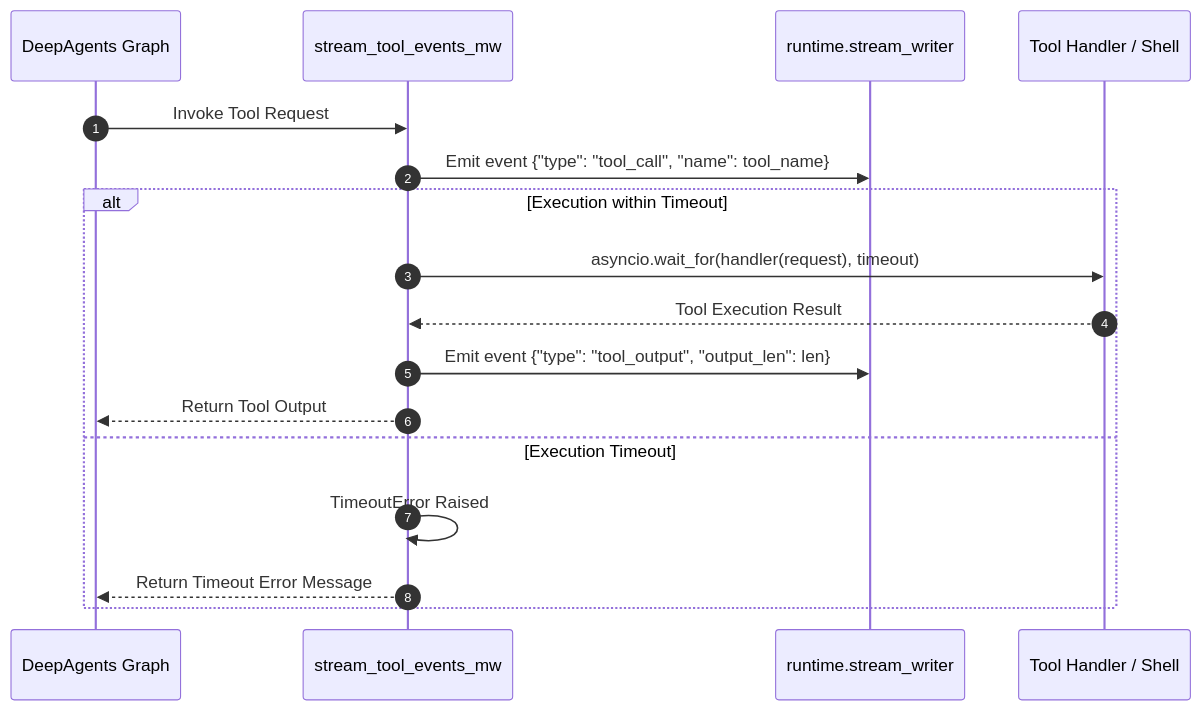
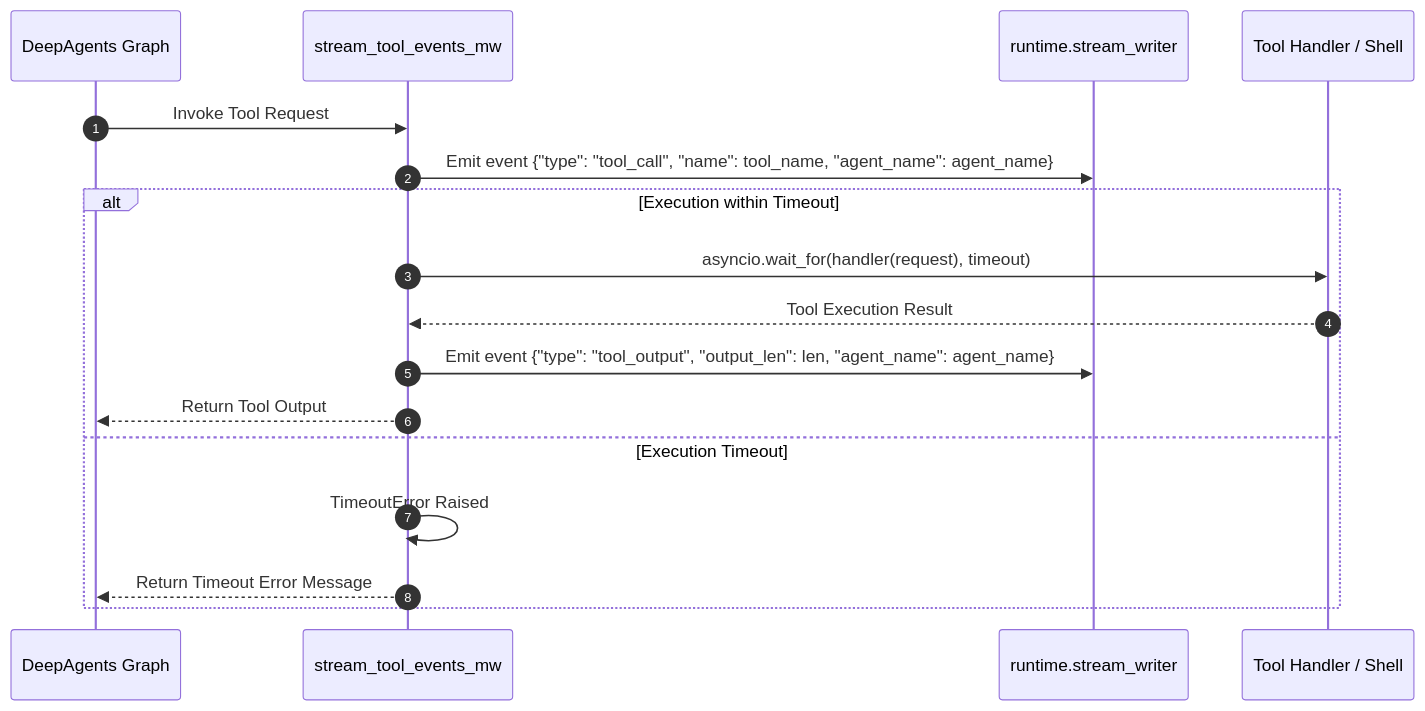
One commit to arrase/ollama-agent changed the sixth of 8 diagrams in docs/architecture.md. Above: the diagram before and after it, drawn with Mermaid. The commit also changed other lines of this file and 9 other files, not shown here.

````diff
--- a/docs/architecture.md
+++ b/docs/architecture.md
@@ -153,20 +179,20 @@
 ```mermaid
 sequenceDiagram
     autonumber
     participant Graph as DeepAgents Graph
     participant MW as stream_tool_events_mw
     participant Writer as runtime.stream_writer
     participant Handler as Tool Handler / Shell
     
     Graph->>MW: Invoke Tool Request
-    MW->>Writer: Emit event {"type": "tool_call", "name": tool_name}
+    MW->>Writer: Emit event {"type": "tool_call", "name": tool_name, "agent_name": agent_name}
     alt Execution within Timeout
         MW->>Handler: asyncio.wait_for(handler(request), timeout)
         Handler-->>MW: Tool Execution Result
-        MW->>Writer: Emit event {"type": "tool_output", "output_len": len}
+        MW->>Writer: Emit event {"type": "tool_output", "output_len": len, "agent_name": agent_name}
         MW-->>Graph: Return Tool Output
     else Execution Timeout
         MW->>MW: TimeoutError Raised
         MW-->>Graph: Return Timeout Error Message
     end
 ```
````
